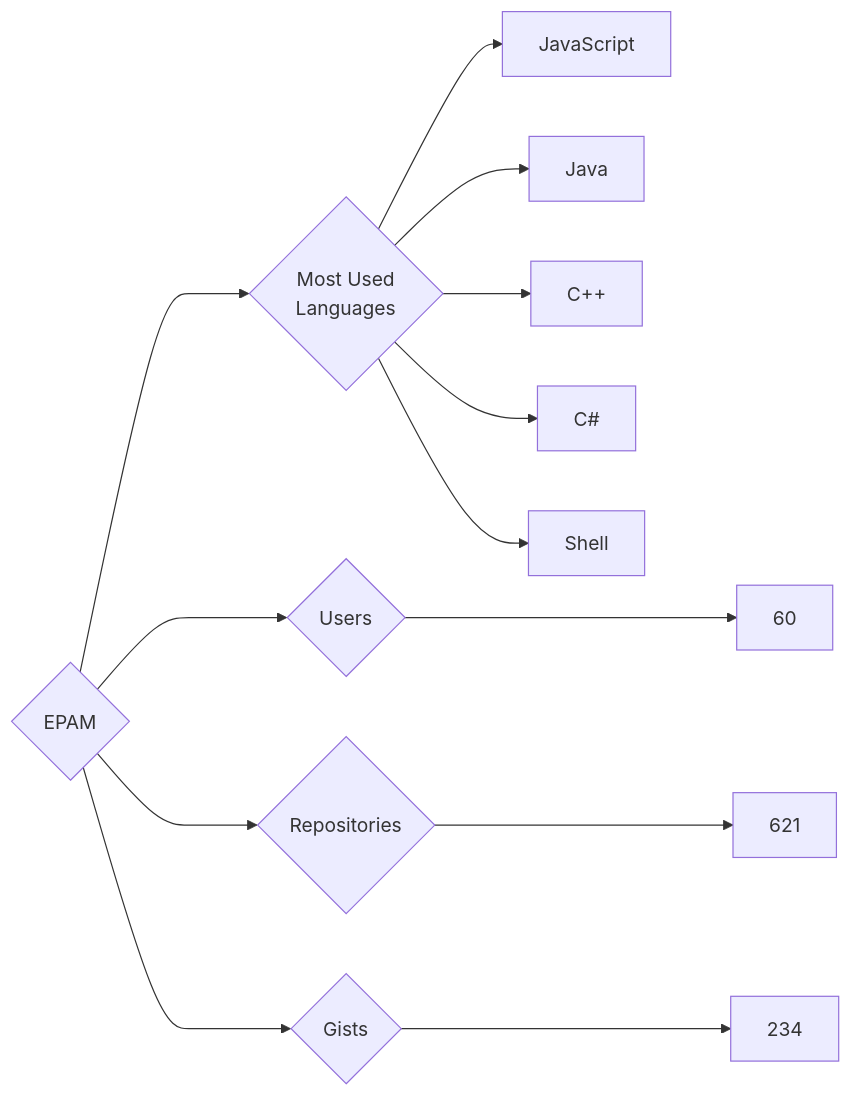
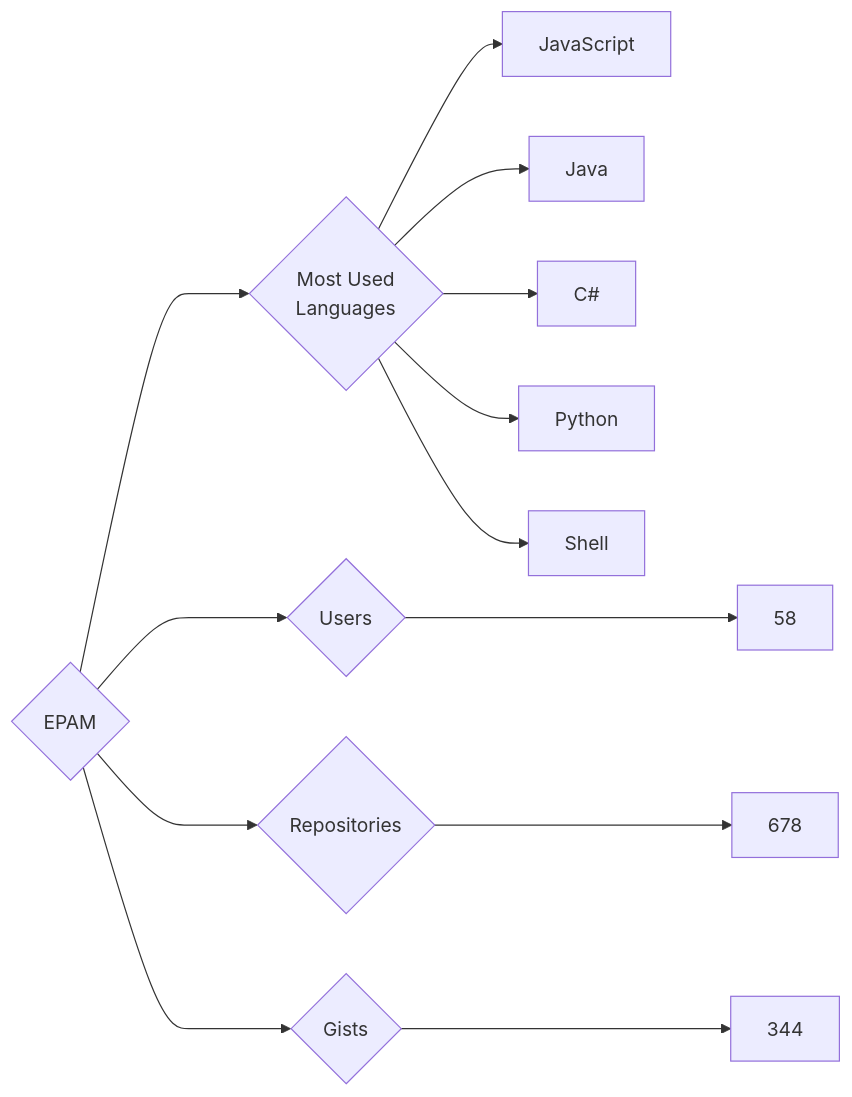
One commit to trickest/insiders changed the diagram in targets/EPAM/README.md. Above: the diagram before and after it, drawn with Mermaid. The commit also changed 640 other files, not shown here.

````diff
--- a/targets/EPAM/README.md
+++ b/targets/EPAM/README.md
@@ -3,13 +3,13 @@
 ```mermaid
 graph LR
 COMPANY_NAME{EPAM}
-COMPANY_NAME ---> U{Users} ---> UN[60]
-COMPANY_NAME ---> R{Repositories} ---> RN[621]
-COMPANY_NAME ---> G{Gists} ---> GN[234]
+COMPANY_NAME ---> U{Users} ---> UN[58]
+COMPANY_NAME ---> R{Repositories} ---> RN[678]
+COMPANY_NAME ---> G{Gists} ---> GN[344]
 COMPANY_NAME ---> ML{Most Used<br>Languages}
 ML --> JavaScript[JavaScript]
 ML --> Java[Java]
-ML --> C++[C++]
 ML --> C#[C#]
+ML --> Python[Python]
 ML --> Shell[Shell]
 ```
````
